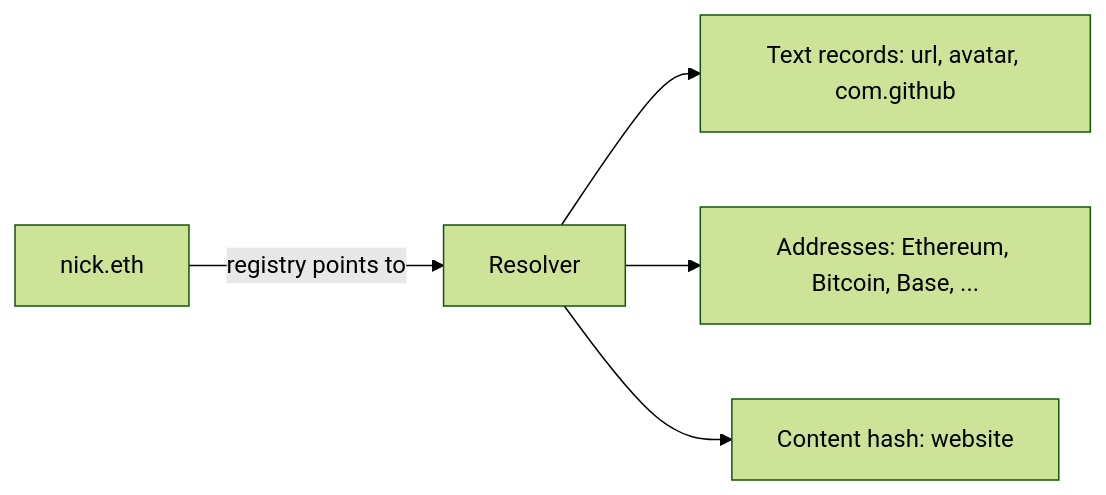
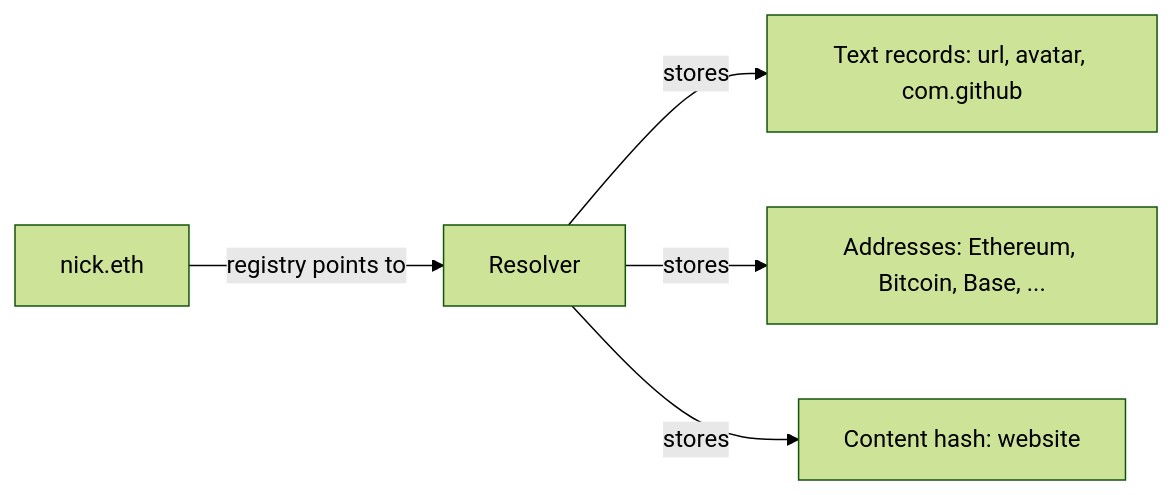
One commit to thenamespace/ensforge changed the second of 2 diagrams in apps/docs/content/docs/sdk/(how-ens-works)/names-and-records.mdx. Above: the diagram before and after it, drawn with Mermaid (forest theme). The commit also changed other lines of this file and 60 other files, not shown here.

Commit message:
docs(sdk): tighten descriptions, fix examples, diagrams and names for 1.0.1

````diff
--- a/apps/docs/content/docs/sdk/(how-ens-works)/names-and-records.mdx
+++ b/apps/docs/content/docs/sdk/(how-ens-works)/names-and-records.mdx
@@ -67,7 +54,7 @@
 ```mermaid
 flowchart LR
   N["nick.eth"] -->|registry points to| R[Resolver]
-  R --> T["Text records: url, avatar, com.github"]
-  R --> A["Addresses: Ethereum, Bitcoin, Base, ..."]
-  R --> C["Content hash: website"]
+  R -->|stores| T["Text records: url, avatar, com.github"]
+  R -->|stores| A["Addresses: Ethereum, Bitcoin, Base, ..."]
+  R -->|stores| C["Content hash: website"]
 ```
````
